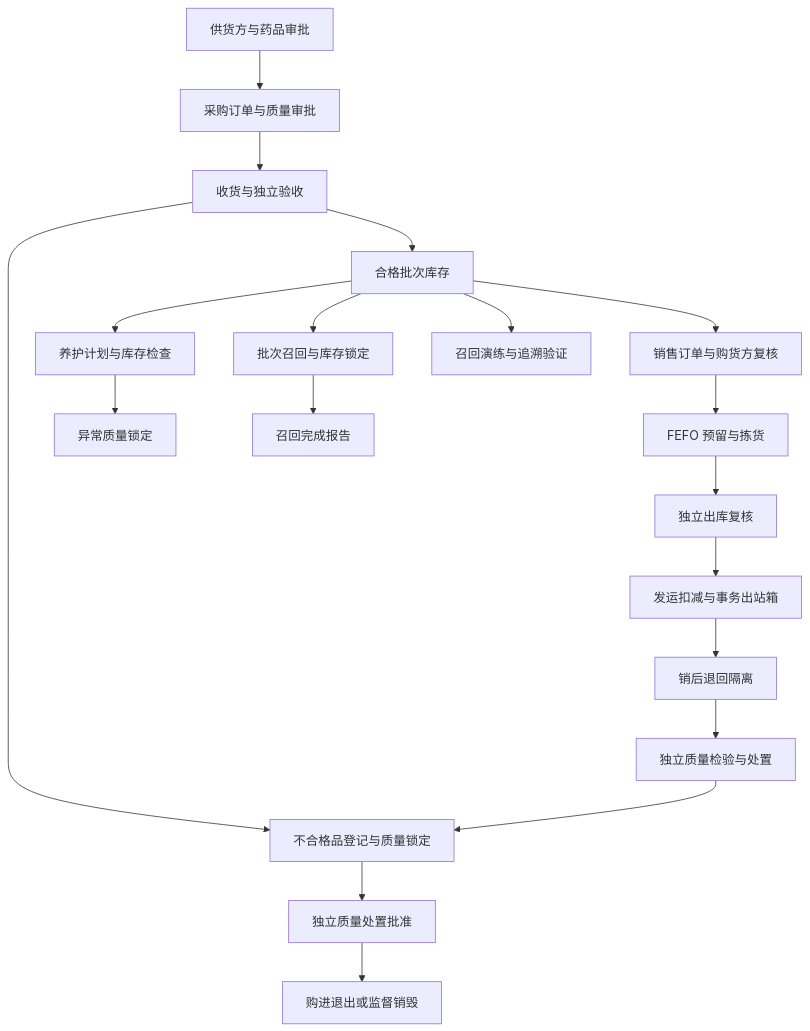
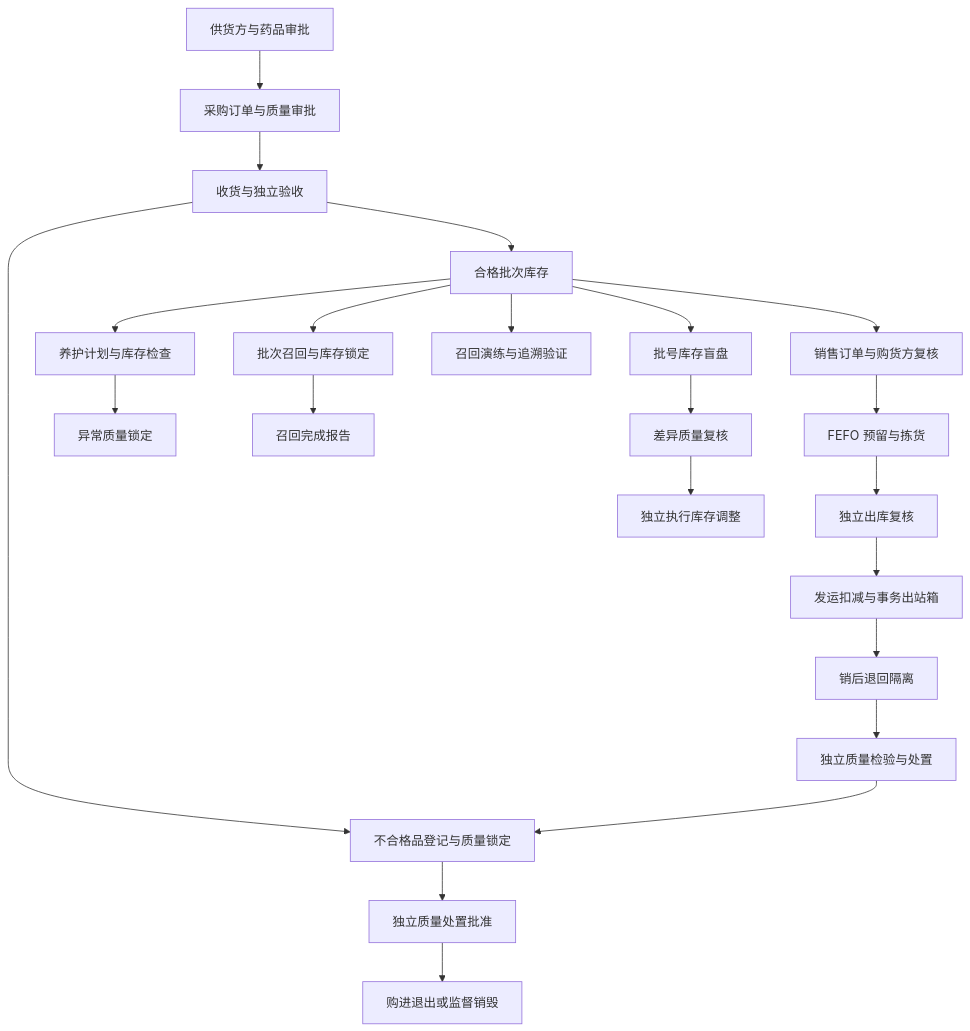
Before and after one commit to AllenMGu/WMS: the diagram in README.md, drawn with Mermaid. The commit also changed other lines of this file and 15 other files, not shown here.

````diff
--- a/README.md
+++ b/README.md
@@ -34,21 +35,24 @@
 ```mermaid
 flowchart TD
     A[供货方与药品审批] --> B[采购订单与质量审批]
     B --> C[收货与独立验收]
     C --> D[合格批次库存]
     D --> E[销售订单与购货方复核]
     E --> F[FEFO 预留与拣货]
     F --> G[独立出库复核]
     G --> H[发运扣减与事务出站箱]
     H --> I[销后退回隔离]
     I --> J[独立质量检验与处置]
     D --> K[批次召回与库存锁定]
     C --> L[不合格品登记与质量锁定]
     J --> L
     L --> M[独立质量处置批准]
     M --> N[购进退出或监督销毁]
     D --> O[养护计划与库存检查]
     O --> P[异常质量锁定]
     K --> Q[召回完成报告]
     D --> R[召回演练与追溯验证]
+    D --> S[批号库存盲盘]
+    S --> T[差异质量复核]
+    T --> U[独立执行库存调整]
 ```
````
